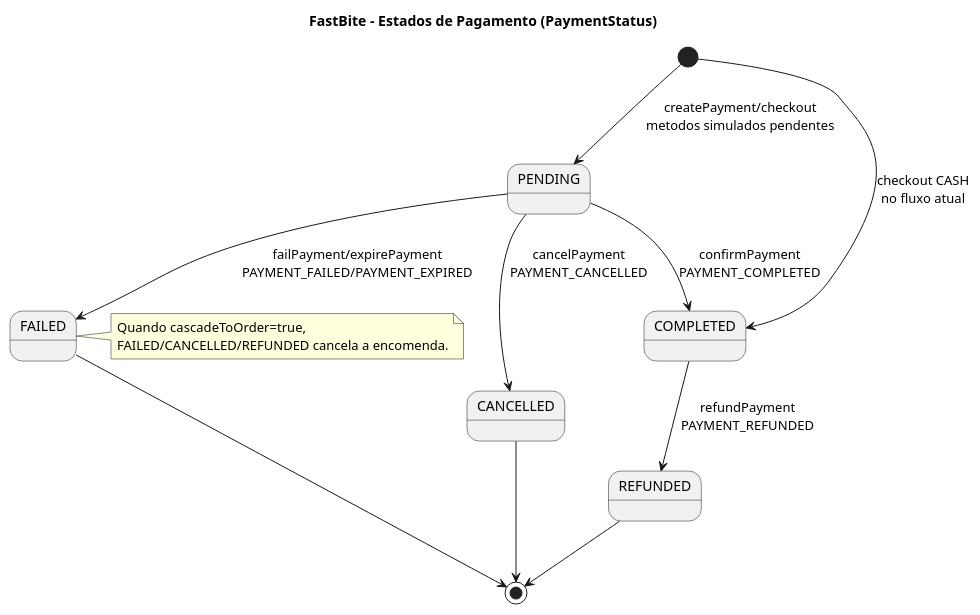
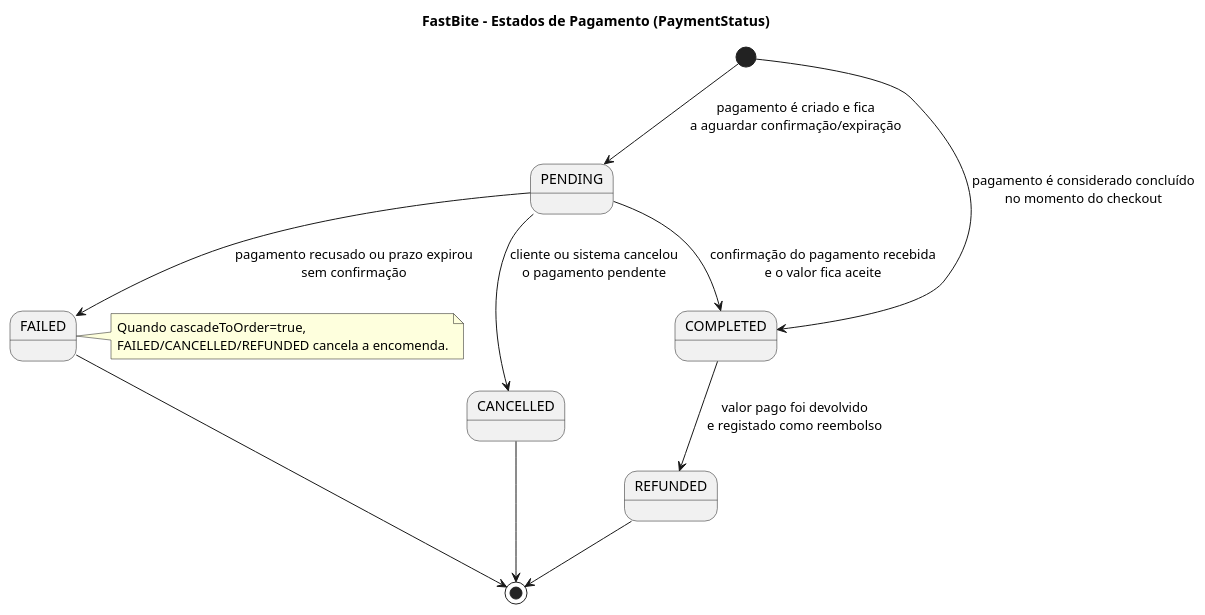
The diagram in Documentacao/docs novas/04b_estado_pagamento.puml (DuarteMSousa/FastBite), drawn with PlantUML before and after one commit. The commit also changed 10 other files, not shown here.

First line of the commit message:
Docs: update and add PUML diagrams

```diff
--- a/Documentacao/docs novas/04b_estado_pagamento.puml
+++ b/Documentacao/docs novas/04b_estado_pagamento.puml
@@ -1,24 +1,24 @@
 @startuml FastBite_State_Payment
 title FastBite - Estados de Pagamento (PaymentStatus)
 
 skinparam shadowing false
 
-[*] --> PENDING : createPayment/checkout\nmetodos simulados pendentes
-[*] --> COMPLETED : checkout CASH\nno fluxo atual
+[*] --> PENDING : pagamento é criado e fica\na aguardar confirmação/expiração
+[*] --> COMPLETED : pagamento é considerado concluído\nno momento do checkout
 
-PENDING --> COMPLETED : confirmPayment\nPAYMENT_COMPLETED
-PENDING --> FAILED : failPayment/expirePayment\nPAYMENT_FAILED/PAYMENT_EXPIRED
-PENDING --> CANCELLED : cancelPayment\nPAYMENT_CANCELLED
+PENDING --> COMPLETED : confirmação do pagamento recebida\ne o valor fica aceite
+PENDING --> FAILED : pagamento recusado ou prazo expirou\nsem confirmação
+PENDING --> CANCELLED : cliente ou sistema cancelou\no pagamento pendente
 
-COMPLETED --> REFUNDED : refundPayment\nPAYMENT_REFUNDED
+COMPLETED --> REFUNDED : valor pago foi devolvido\ne registado como reembolso
 
 FAILED --> [*]
 CANCELLED --> [*]
 REFUNDED --> [*]
 
 note right of FAILED
   Quando cascadeToOrder=true,
   FAILED/CANCELLED/REFUNDED cancela a encomenda.
 end note
 
 @enduml
```
